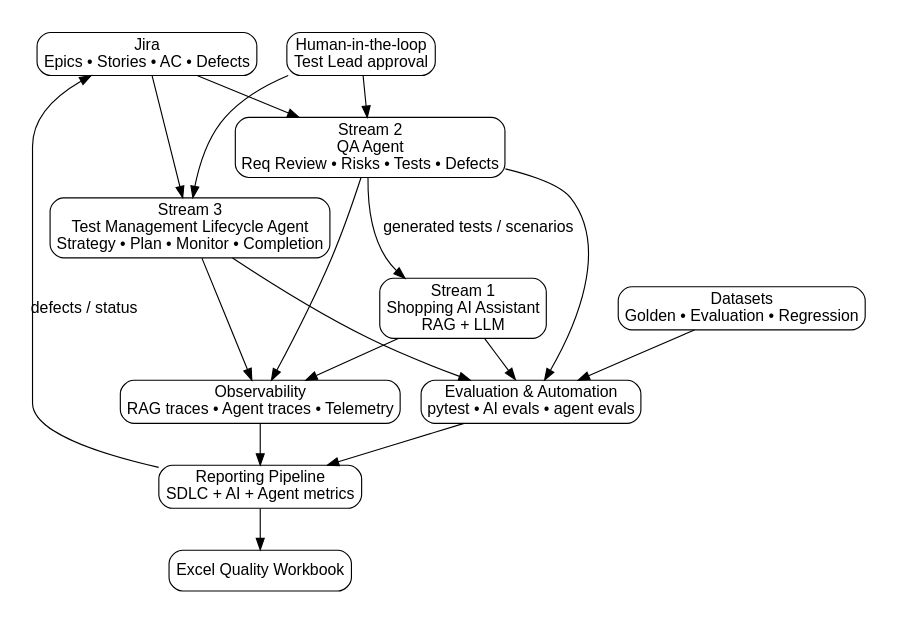
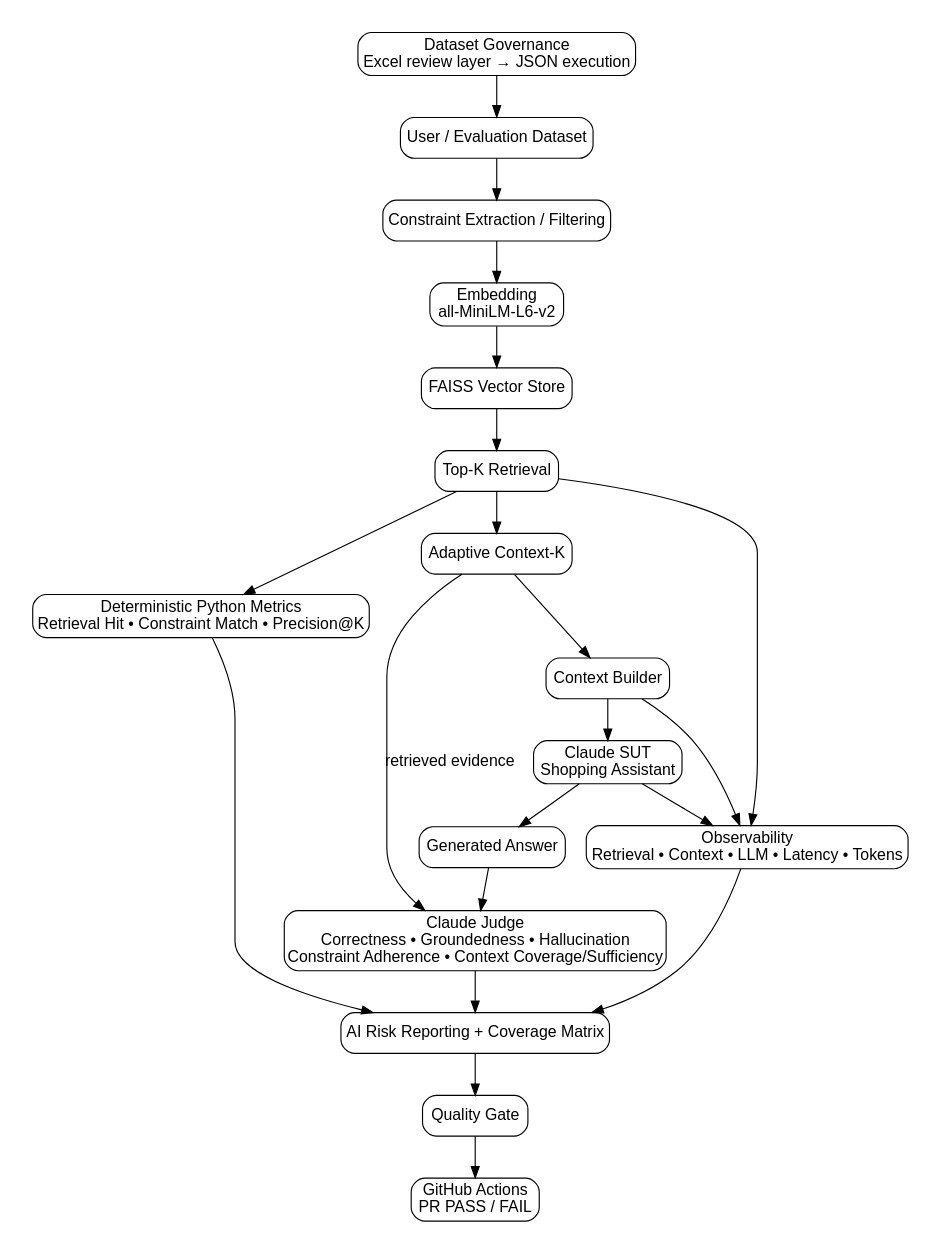
The diagram in docs/overall.dot (oleksandrserhieiev-beep/ai-qe-lab), drawn with Graphviz before and after one commit.

Commit message:
Refresh overall architecture diagram source

```diff
--- a/docs/overall.dot
+++ b/docs/overall.dot
@@ -1,13 +1,37 @@
-digraph G { rankdir=TB; graph [fontname="Arial", bgcolor="white", pad="0.3"]; node [shape=box, style="rounded", fontname="Arial"]; edge [fontname="Arial"];
-Jira [label="Jira\nEpics • Stories • AC • Defects"];
-Shop [label="Stream 1\nShopping AI Assistant\nRAG + LLM"];
-QA [label="Stream 2\nQA Agent\nReq Review • Risks • Tests • Defects"];
-TM [label="Stream 3\nTest Management Lifecycle Agent\nStrategy • Plan • Monitor • Completion"];
-Eval [label="Evaluation & Automation\npytest • AI evals • agent evals"];
-Data [label="Datasets\nGolden • Evaluation • Regression"];
-Trace [label="Observability\nRAG traces • Agent traces • Telemetry"];
-Report [label="Reporting Pipeline\nSDLC + AI + Agent metrics"];
-Excel [label="Excel Quality Workbook"];
-HITL [label="Human-in-the-loop\nTest Lead approval"];
-Jira -> QA; Jira -> TM; QA -> Shop [label="generated tests / scenarios"]; Shop -> Eval; QA -> Eval; TM -> Eval; Data -> Eval; Shop -> Trace; QA -> Trace; TM -> Trace; Eval -> Report; Trace -> Report; Report -> Excel; Report -> Jira [label="defects / status"]; HITL -> QA; HITL -> TM;
+digraph G {
+  rankdir=TB;
+  graph [fontname="Arial", bgcolor="white", pad="0.3"];
+  node [shape=box, style="rounded", fontname="Arial"];
+  edge [fontname="Arial"];
+
+  Dataset [label="User / Evaluation Dataset"];
+  Constraints [label="Constraint Extraction / Filtering"];
+  Embed [label="Embedding\nall-MiniLM-L6-v2"];
+  Vector [label="FAISS Vector Store"];
+  Retrieval [label="Top-K Retrieval"];
+  ContextK [label="Adaptive Context-K"];
+  Context [label="Context Builder"];
+  SUT [label="Claude SUT\nShopping Assistant"];
+  Answer [label="Generated Answer"];
+
+  Py [label="Deterministic Python Metrics\nRetrieval Hit • Constraint Match • Precision@K"];
+  Judge [label="Claude Judge\nCorrectness • Groundedness • Hallucination\nConstraint Adherence • Context Coverage/Sufficiency"];
+  Risk [label="AI Risk Reporting + Coverage Matrix"];
+  Gate [label="Quality Gate"];
+  CI [label="GitHub Actions\nPR PASS / FAIL"];
+  Telemetry [label="Observability\nRetrieval • Context • LLM • Latency • Tokens"];
+  Governance [label="Dataset Governance\nExcel review layer → JSON execution"];
+
+  Dataset -> Constraints -> Embed -> Vector -> Retrieval -> ContextK -> Context -> SUT -> Answer;
+  Retrieval -> Py;
+  ContextK -> Judge [label="retrieved evidence"];
+  Answer -> Judge;
+  Py -> Risk;
+  Judge -> Risk;
+  Risk -> Gate -> CI;
+  Retrieval -> Telemetry;
+  Context -> Telemetry;
+  SUT -> Telemetry;
+  Telemetry -> Risk;
+  Governance -> Dataset;
 }
```
